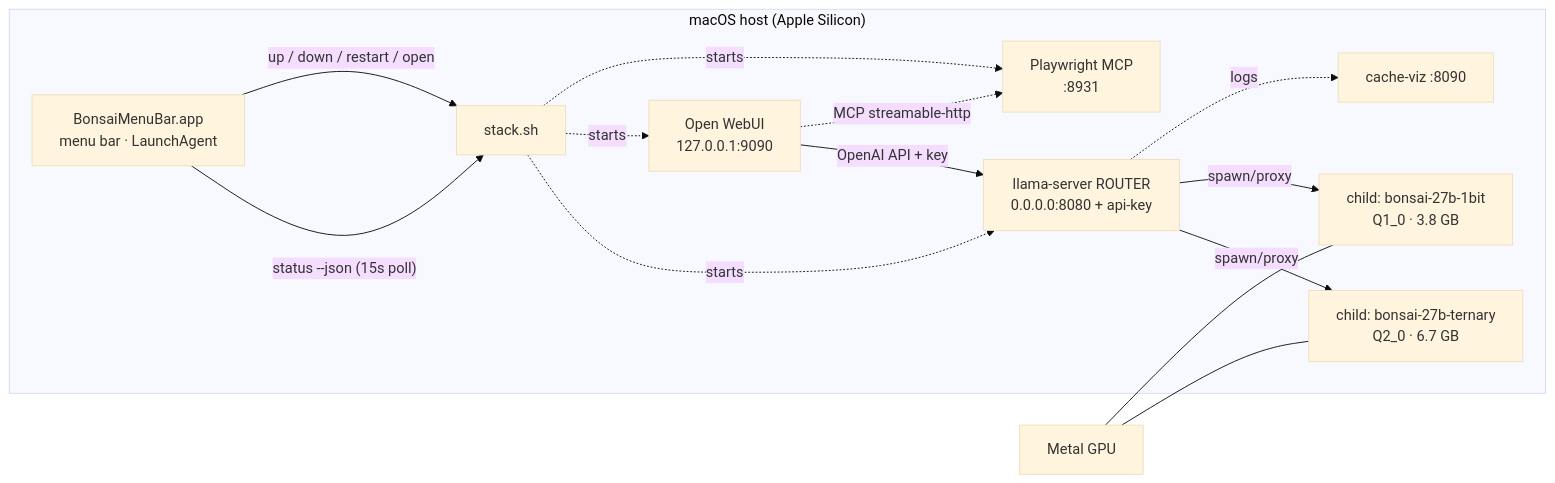
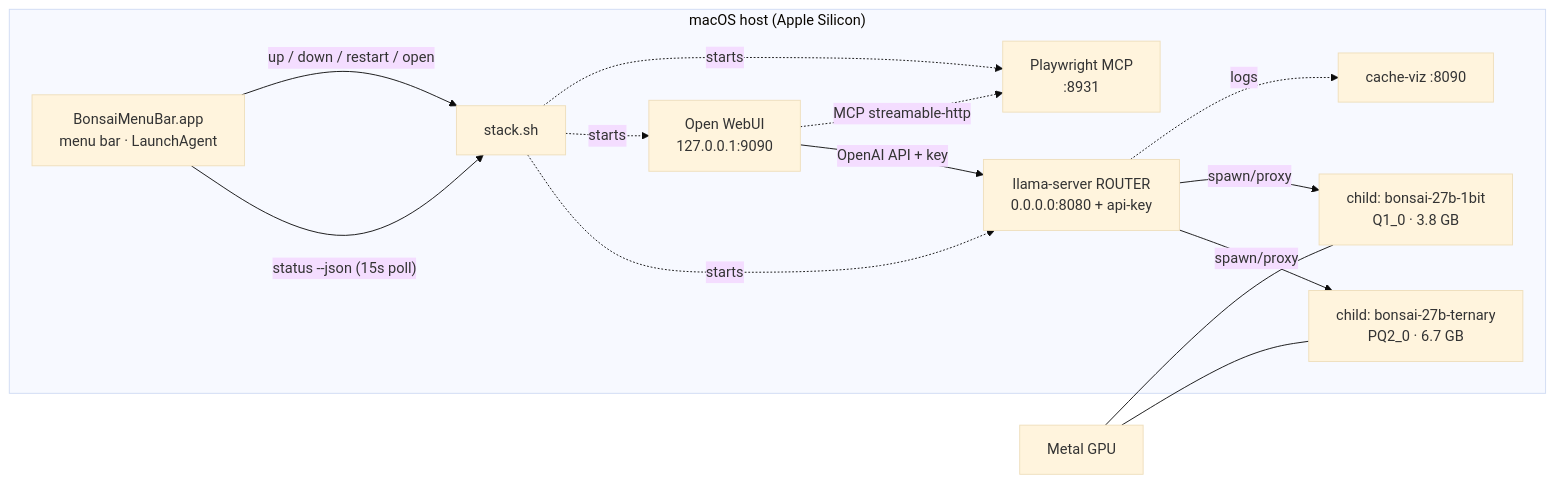
One commit to KSEGIT/QuickCleverModel changed the first of 3 diagrams in docs/architecture.md. Above: the diagram before and after it, drawn with Mermaid (base theme). The commit also changed other lines of this file and 39 other files, not shown here.

````diff
--- a/docs/architecture.md
+++ b/docs/architecture.md
@@ -44,25 +44,25 @@
 ```mermaid
 flowchart LR
     subgraph MAC["macOS host (Apple Silicon)"]
         UI["Open WebUI<br/>127.0.0.1:9090"]
         RTR["llama-server ROUTER<br/>0.0.0.0:8080 + api-key"]
-        T["child: bonsai-27b-ternary<br/>Q2_0 · 6.7 GB"]
+        T["child: bonsai-27b-ternary<br/>PQ2_0 · 6.7 GB"]
         B["child: bonsai-27b-1bit<br/>Q1_0 · 3.8 GB"]
         PW["Playwright MCP<br/>:8931"]
         CV["cache-viz :8090"]
         MB["BonsaiMenuBar.app<br/>menu bar · LaunchAgent"]
         SH["stack.sh"]
         UI -->|OpenAI API + key| RTR
         RTR -->|spawn/proxy| T
         RTR -->|spawn/proxy| B
         UI -.->|MCP streamable-http| PW
         RTR -.->|logs| CV
         MB -->|"status --json (15s poll)"| SH
         MB -->|"up / down / restart / open"| SH
         SH -.->|starts| RTR
         SH -.->|starts| UI
         SH -.->|starts| PW
     end
     GPUm["Metal GPU"] --- T
     GPUm --- B
 ```
````
